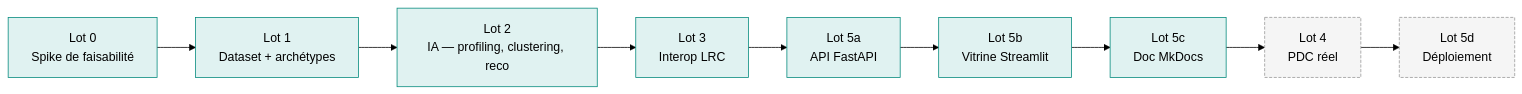
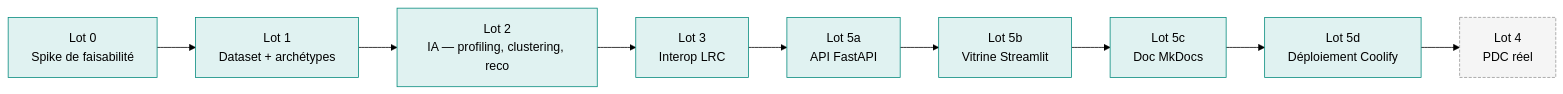
Before and after one commit to sodigitaljeremy/skill-bridge: the diagram in docs/tech/03-strategy.md, drawn with Mermaid (forest theme). The commit also changed other lines of this file and 5 other files, not shown here.

````diff
--- a/docs/tech/03-strategy.md
+++ b/docs/tech/03-strategy.md
@@ -27,18 +28,18 @@
 ```mermaid
 flowchart LR
     L0["Lot 0<br/>Spike de faisabilité"]:::done
     L1["Lot 1<br/>Dataset + archétypes"]:::done
     L2["Lot 2<br/>IA — profiling, clustering, reco"]:::done
     L3["Lot 3<br/>Interop LRC"]:::done
     L5a["Lot 5a<br/>API FastAPI"]:::done
     L5b["Lot 5b<br/>Vitrine Streamlit"]:::done
     L5c["Lot 5c<br/>Doc MkDocs"]:::done
+    L5d["Lot 5d<br/>Déploiement Coolify"]:::done
     L4["Lot 4<br/>PDC réel"]:::todo
-    L5d["Lot 5d<br/>Déploiement"]:::todo
 
-    L0 --> L1 --> L2 --> L3 --> L5a --> L5b --> L5c
-    L5c --> L4 --> L5d
+    L0 --> L1 --> L2 --> L3 --> L5a --> L5b --> L5c --> L5d
+    L5d --> L4
 
     classDef done fill:#e0f2f1,stroke:#00897b
     classDef todo fill:#f5f5f5,stroke:#999,stroke-dasharray: 4 2
 ```
````
